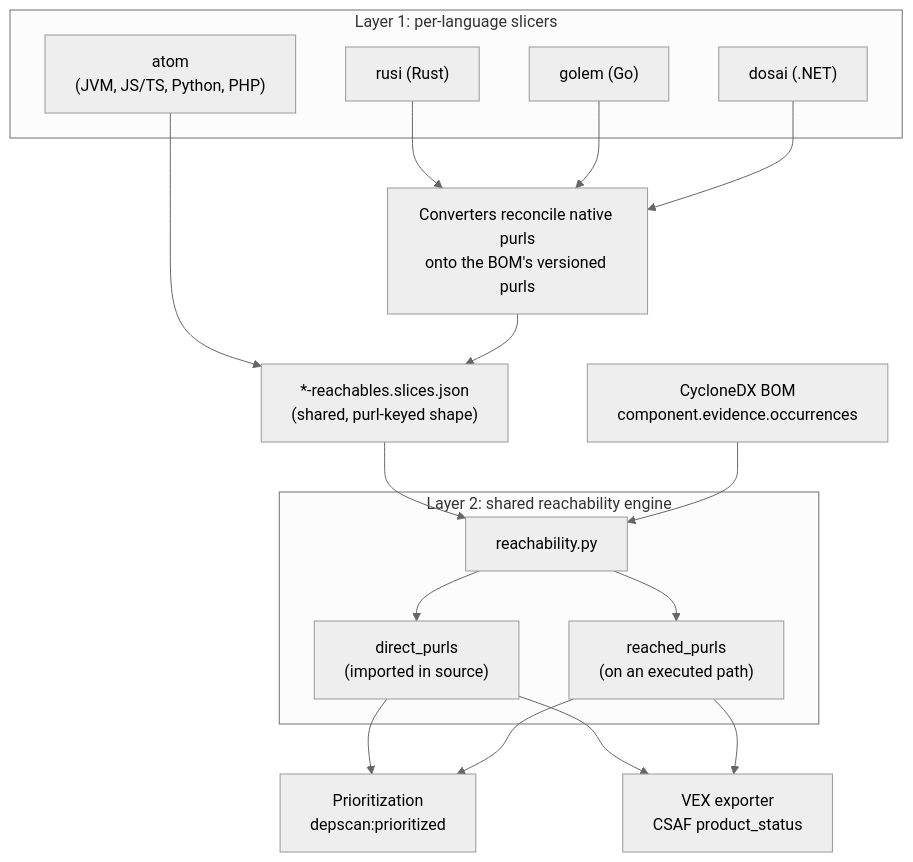
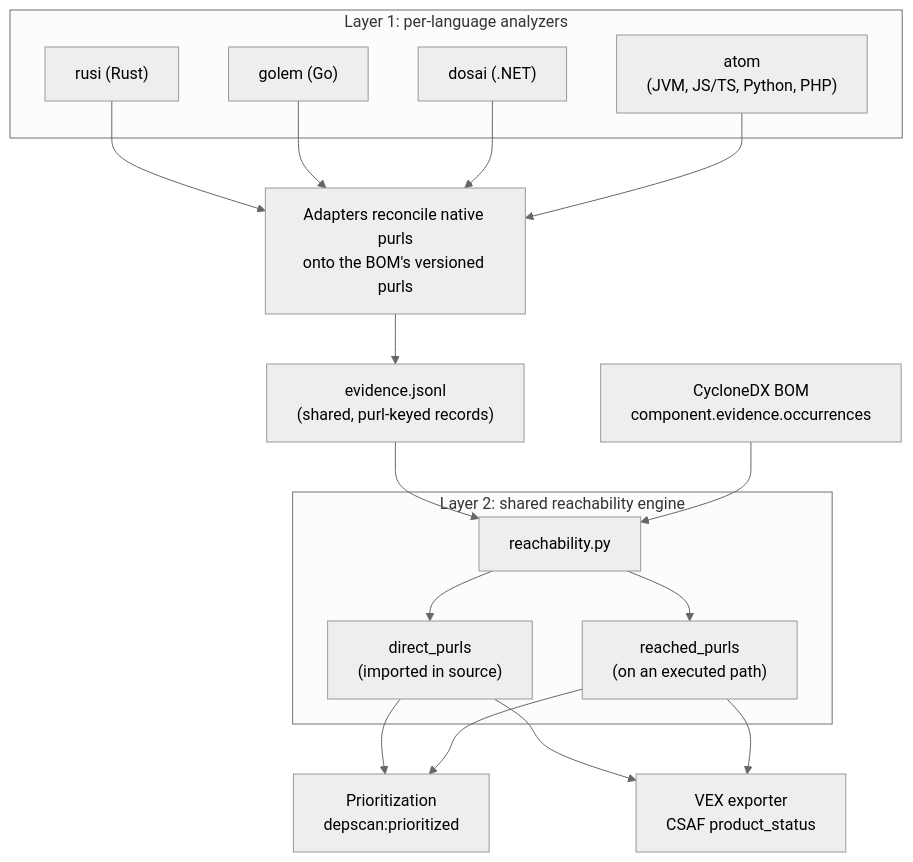
One commit to owasp-dep-scan/dep-scan changed the diagram in documentation/docs/concepts/reachability-model.mdx. Above: the diagram before and after it, drawn with Mermaid (neutral theme). The commit also changed other lines of this file and 8 other files, not shown here.

First line of the commit message:
Carry the evidence store wording through the concept and language guides

````diff
--- a/documentation/docs/concepts/reachability-model.mdx
+++ b/documentation/docs/concepts/reachability-model.mdx
@@ -27,33 +27,33 @@
 ```mermaid
 flowchart TD
-    subgraph L1["Layer 1: per-language slicers"]
+    subgraph L1["Layer 1: per-language analyzers"]
         atom["atom<br/>(JVM, JS/TS, Python, PHP)"]
         rusi["rusi (Rust)"]
         golem["golem (Go)"]
         dosai["dosai (.NET)"]
     end
-    conv["Converters reconcile native purls<br/>onto the BOM's versioned purls"]
-    slices["*-reachables.slices.json<br/>(shared, purl-keyed shape)"]
+    conv["Adapters reconcile native purls<br/>onto the BOM's versioned purls"]
+    slices["evidence.jsonl<br/>(shared, purl-keyed records)"]
     bom["CycloneDX BOM<br/>component.evidence.occurrences"]
     subgraph L2["Layer 2: shared reachability engine"]
         engine["reachability.py"]
         direct["direct_purls<br/>(imported in source)"]
         reached["reached_purls<br/>(on an executed path)"]
     end
     prio["Prioritization<br/>depscan:prioritized"]
     vex["VEX exporter<br/>CSAF product_status"]
 
     rusi --> conv
     golem --> conv
     dosai --> conv
-    atom --> slices
+    atom --> conv
     conv --> slices
     slices --> engine
     bom --> engine
     engine --> direct
     engine --> reached
     direct --> prio
     reached --> prio
     direct --> vex
     reached --> vex
 ```
````
